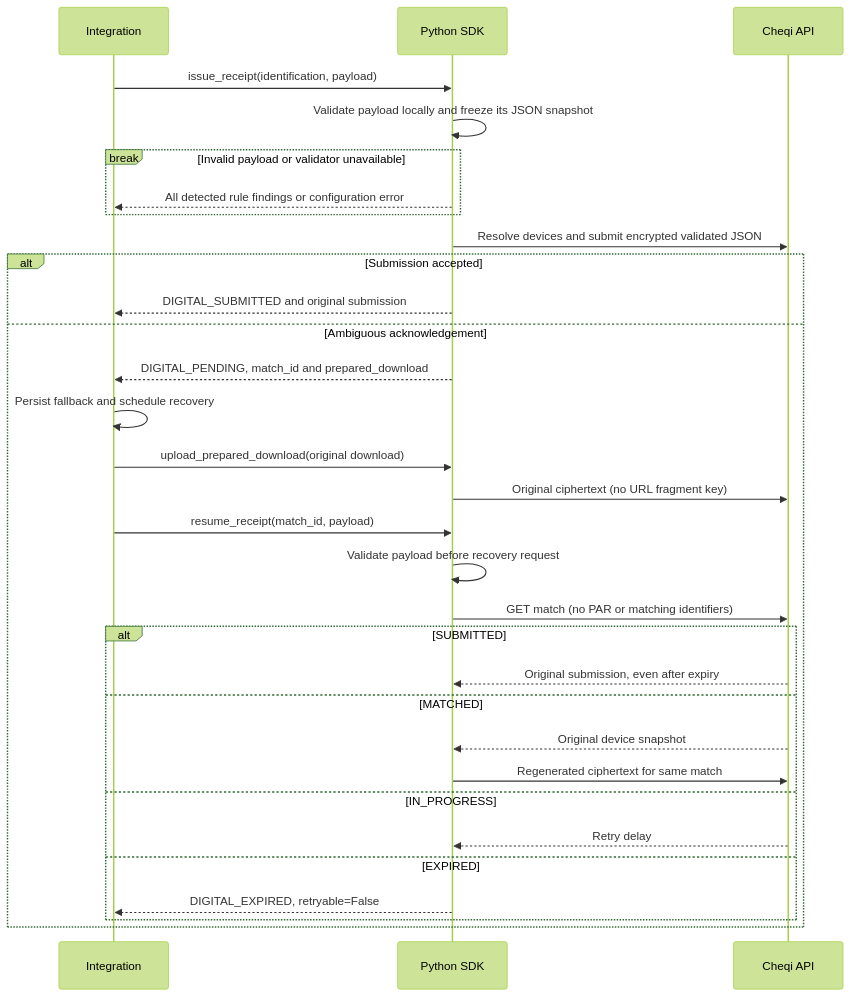
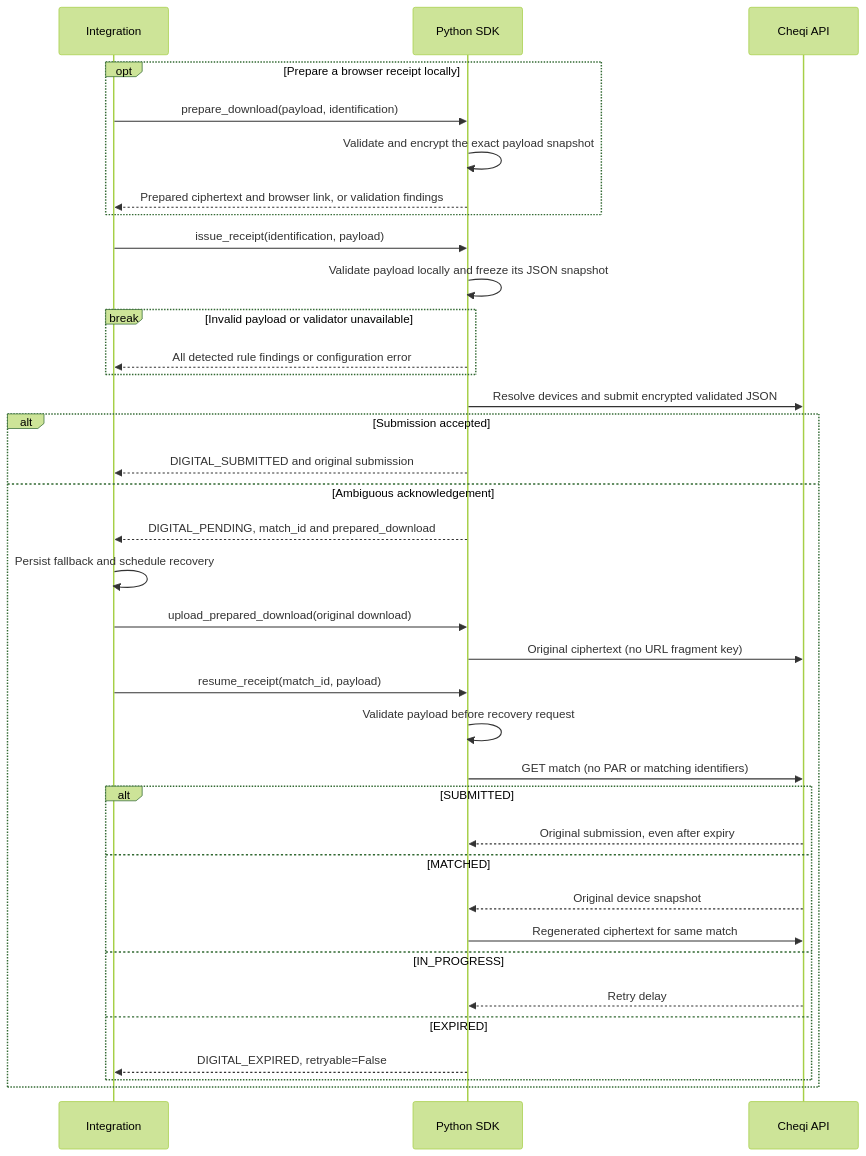
One commit to cheqi-io/cheqi-sdk-python changed the diagram in docs/receipt-retry.mmd. Above: the diagram before and after it, drawn with Mermaid (forest theme). The commit also changed 3 other files, not shown here.

Commit message:
Expose validated local receipt download preparation

```diff
--- a/docs/receipt-retry.mmd
+++ b/docs/receipt-retry.mmd
@@ -1,31 +1,36 @@
 sequenceDiagram
     participant POS as Integration
     participant SDK as Python SDK
     participant API as Cheqi API
+    opt Prepare a browser receipt locally
+        POS->>SDK: prepare_download(payload, identification)
+        SDK->>SDK: Validate and encrypt the exact payload snapshot
+        SDK-->>POS: Prepared ciphertext and browser link, or validation findings
+    end
     POS->>SDK: issue_receipt(identification, payload)
     SDK->>SDK: Validate payload locally and freeze its JSON snapshot
     break Invalid payload or validator unavailable
         SDK-->>POS: All detected rule findings or configuration error
     end
     SDK->>API: Resolve devices and submit encrypted validated JSON
     alt Submission accepted
         SDK-->>POS: DIGITAL_SUBMITTED and original submission
     else Ambiguous acknowledgement
         SDK-->>POS: DIGITAL_PENDING, match_id and prepared_download
         POS->>POS: Persist fallback and schedule recovery
         POS->>SDK: upload_prepared_download(original download)
         SDK->>API: Original ciphertext (no URL fragment key)
         POS->>SDK: resume_receipt(match_id, payload)
         SDK->>SDK: Validate payload before recovery request
         SDK->>API: GET match (no PAR or matching identifiers)
         alt SUBMITTED
             API-->>SDK: Original submission, even after expiry
         else MATCHED
             API-->>SDK: Original device snapshot
             SDK->>API: Regenerated ciphertext for same match
         else IN_PROGRESS
             API-->>SDK: Retry delay
         else EXPIRED
             SDK-->>POS: DIGITAL_EXPIRED, retryable=False
         end
     end
```
